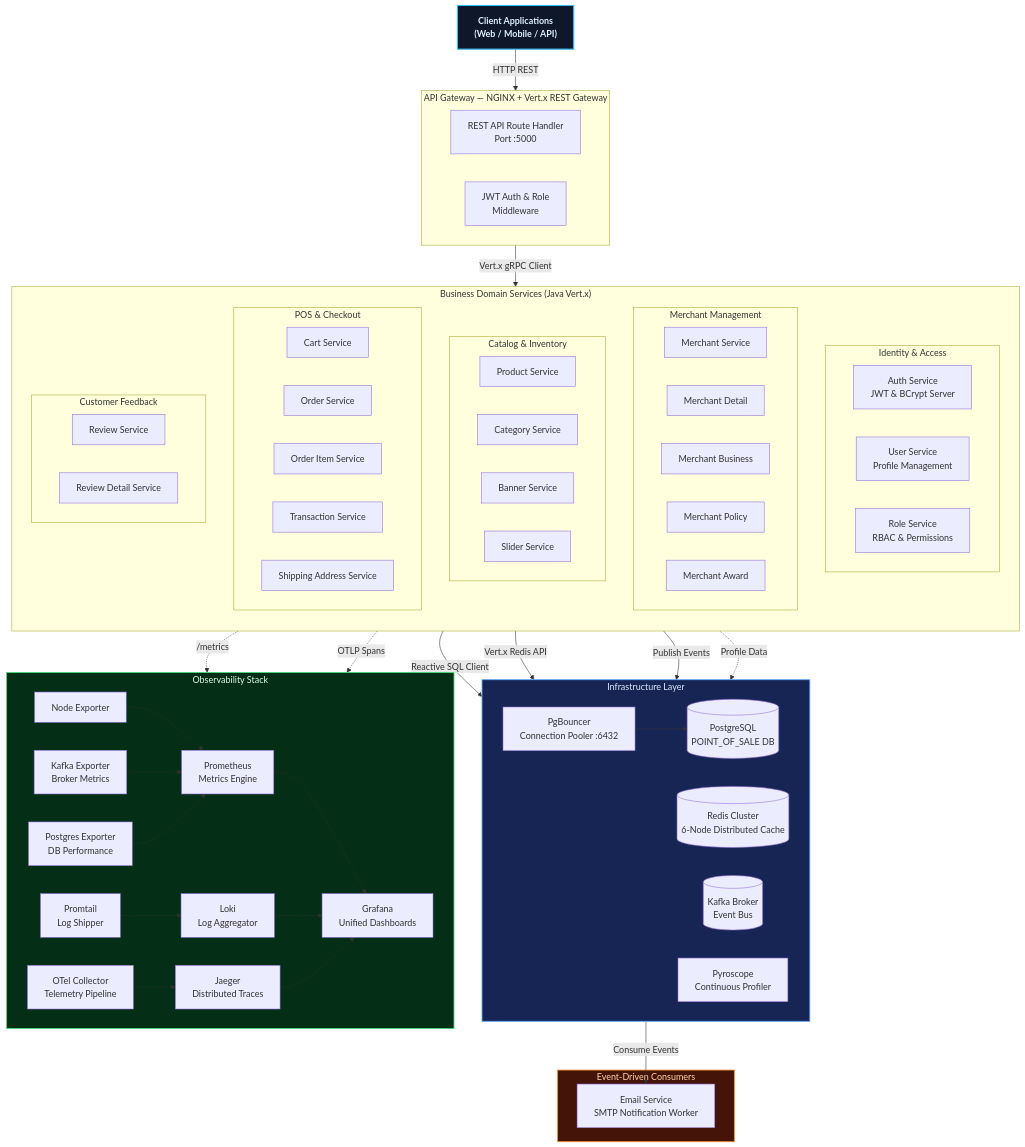
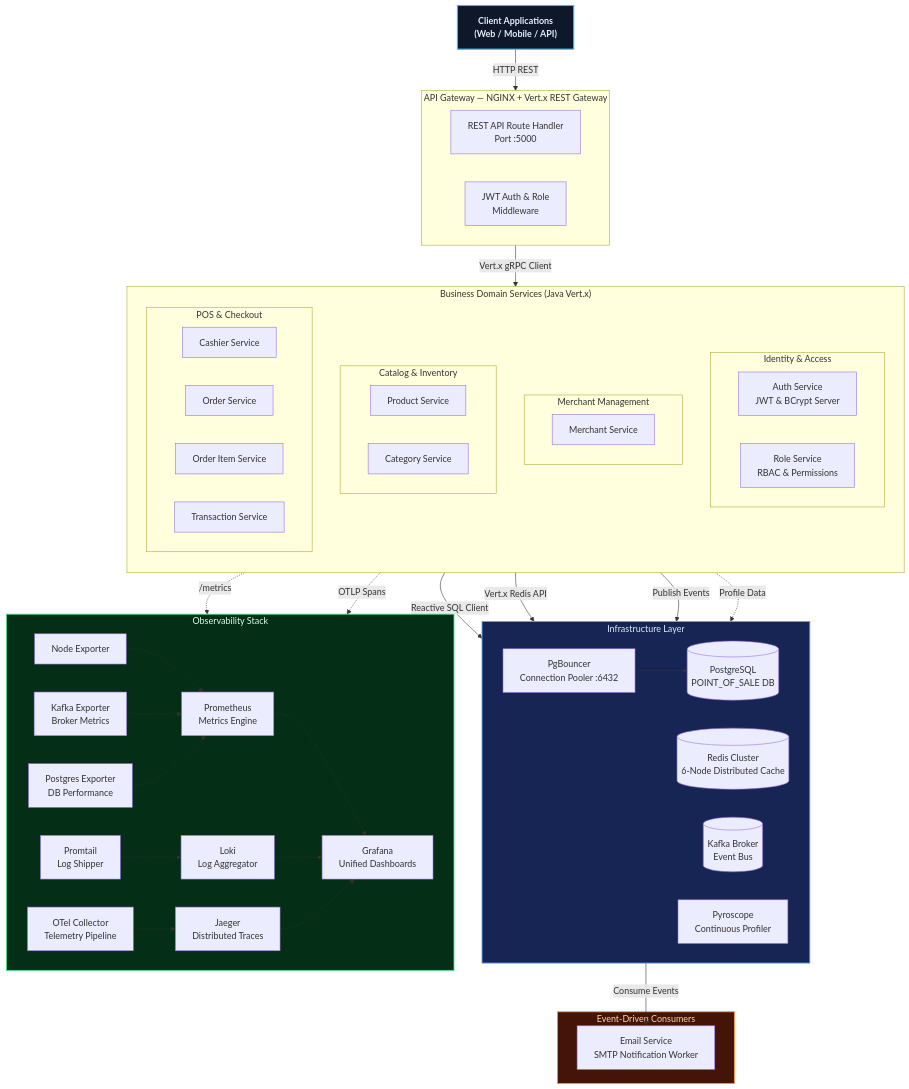
One commit to MamangRust/modular-monolith-vertx-point-of-sale changed the first of 7 diagrams in README.md. Above: the diagram before and after it, drawn with Mermaid. The commit also changed other lines of this file, not shown here.

Commit message:
docs: refresh README to reflect Vert.x architecture and POS system scope

```diff
--- a/README.md
+++ b/README.md
@@ -63,36 +63,23 @@
 
         subgraph IdentityDomain["Identity & Access"]
             AUTH["Auth Service<br/>JWT & BCrypt Server"]
-            USER["User Service<br/>Profile Management"]
             ROLE["Role Service<br/>RBAC & Permissions"]
         end
 
         subgraph MerchantDomain["Merchant Management"]
             MERCH["Merchant Service"]
-            MDETAIL["Merchant Detail"]
-            MBIZ["Merchant Business"]
-            MPOL["Merchant Policy"]
-            MAWARD["Merchant Award"]
         end
 
         subgraph CatalogDomain["Catalog & Inventory"]
             PROD["Product Service"]
             CAT["Category Service"]
-            BANNER["Banner Service"]
-            SLIDER["Slider Service"]
         end
 
         subgraph POSDomain["POS & Checkout"]
-            CART["Cart Service"]
+            CASHIER["Cashier Service"]
             ORDER["Order Service"]
             OITEM["Order Item Service"]
             TXN["Transaction Service"]
-            SHIP["Shipping Address Service"]
-        end
-
-        subgraph FeedbackDomain["Customer Feedback"]
-            REVIEW["Review Service"]
-            RDETAIL["Review Detail Service"]
         end
     end
     class BusinessServices domain
```
